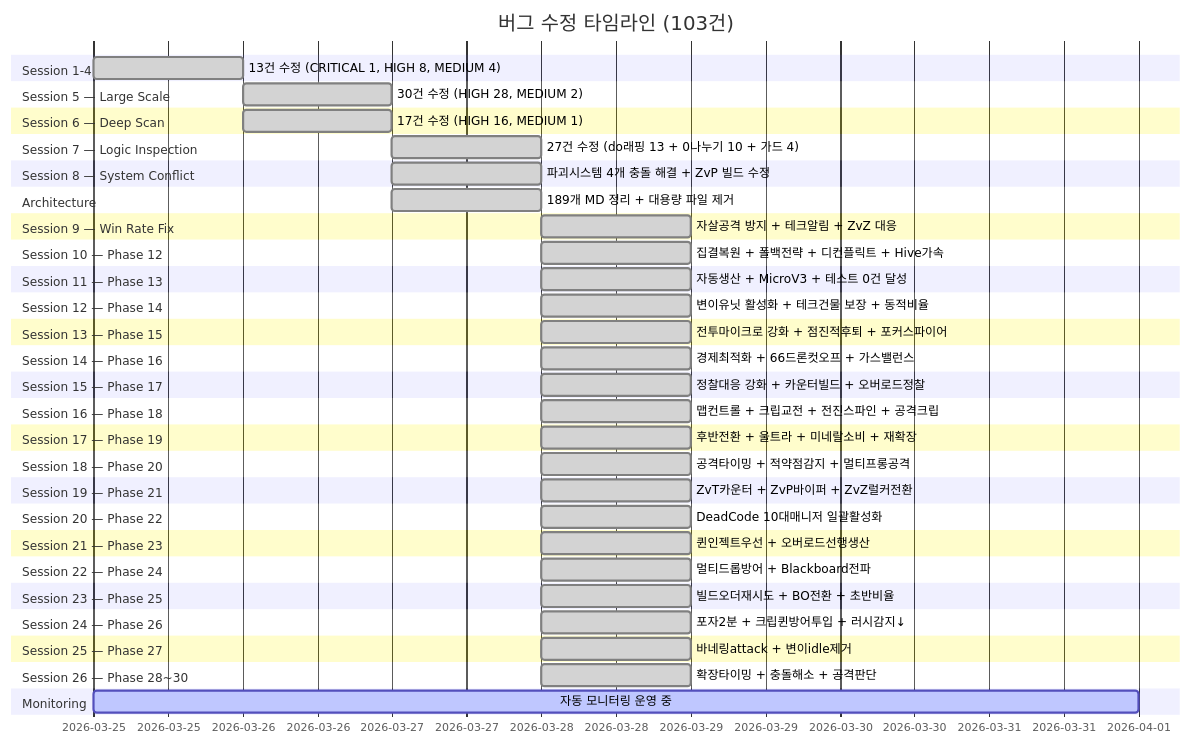
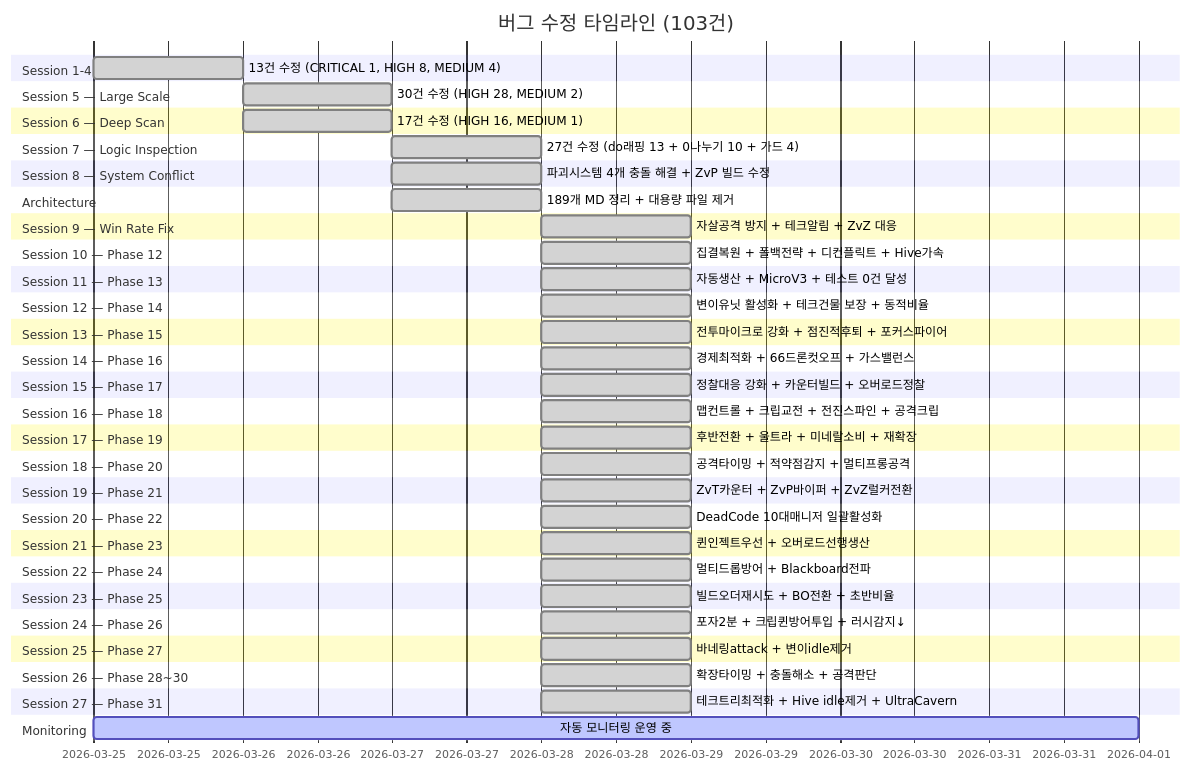
Before and after one commit to sun475300-sudo/Swarm-control-in-sc2bot: diagram 23 of 31 in README.md, drawn with Mermaid. The commit also changed other lines of this file and 2 other files, not shown here.

Commit message:
feat: Phase 31 테크트리최적화 — Hive idle제거 + 레어타이밍 + UltraCavern자동건설

````diff
--- a/README.md
+++ b/README.md
@@ -633,55 +633,57 @@
 ```mermaid
 gantt
     title 버그 수정 타임라인 (103건)
     dateFormat YYYY-MM-DD
     section Session 1-4
         13건 수정 (CRITICAL 1, HIGH 8, MEDIUM 4)   :done, s1, 2026-03-25, 1d
     section Session 5 — Large Scale
         30건 수정 (HIGH 28, MEDIUM 2)              :done, s5, 2026-03-26, 1d
     section Session 6 — Deep Scan
         17건 수정 (HIGH 16, MEDIUM 1)              :done, s6, 2026-03-26, 1d
     section Session 7 — Logic Inspection
         27건 수정 (do래핑 13 + 0나누기 10 + 가드 4) :done, s7, 2026-03-27, 1d
     section Session 8 — System Conflict
         파괴시스템 4개 충돌 해결 + ZvP 빌드 수정    :done, s8, 2026-03-27, 1d
     section Architecture
         189개 MD 정리 + 대용량 파일 제거            :done, s9, 2026-03-27, 1d
     section Session 9 — Win Rate Fix
         자살공격 방지 + 테크알림 + ZvZ 대응         :done, s10, 2026-03-28, 1d
     section Session 10 — Phase 12
         집결복원 + 폴백전략 + 디컨플릭트 + Hive가속 :done, s11, 2026-03-28, 1d
     section Session 11 — Phase 13
         자동생산 + MicroV3 + 테스트 0건 달성       :done, s12, 2026-03-28, 1d
     section Session 12 — Phase 14
         변이유닛 활성화 + 테크건물 보장 + 동적비율  :done, s13, 2026-03-28, 1d
     section Session 13 — Phase 15
         전투마이크로 강화 + 점진적후퇴 + 포커스파이어 :done, s14, 2026-03-28, 1d
     section Session 14 — Phase 16
         경제최적화 + 66드론컷오프 + 가스밸런스     :done, s15, 2026-03-28, 1d
     section Session 15 — Phase 17
         정찰대응 강화 + 카운터빌드 + 오버로드정찰   :done, s16, 2026-03-28, 1d
     section Session 16 — Phase 18
         맵컨트롤 + 크립교전 + 전진스파인 + 공격크립 :done, s17, 2026-03-28, 1d
     section Session 17 — Phase 19
         후반전환 + 울트라 + 미네랄소비 + 재확장    :done, s18, 2026-03-28, 1d
     section Session 18 — Phase 20
         공격타이밍 + 적약점감지 + 멀티프롱공격     :done, s19, 2026-03-28, 1d
     section Session 19 — Phase 21
         ZvT카운터 + ZvP바이퍼 + ZvZ럴커전환      :done, s20, 2026-03-28, 1d
     section Session 20 — Phase 22
         DeadCode 10대매니저 일괄활성화            :done, s21, 2026-03-28, 1d
     section Session 21 — Phase 23
         퀸인젝트우선 + 오버로드선행생산          :done, s22, 2026-03-28, 1d
     section Session 22 — Phase 24
         멀티드롭방어 + Blackboard전파           :done, s23, 2026-03-28, 1d
     section Session 23 — Phase 25
         빌드오더재시도 + BO전환 + 초반비율     :done, s24, 2026-03-28, 1d
     section Session 24 — Phase 26
         포자2분 + 크립퀸방어투입 + 러시감지↓  :done, s25, 2026-03-28, 1d
     section Session 25 — Phase 27
         바네링attack + 변이idle제거         :done, s26, 2026-03-28, 1d
     section Session 26 — Phase 28~30
         확장타이밍 + 충돌해소 + 공격판단   :done, s27, 2026-03-28, 1d
+    section Session 27 — Phase 31
+        테크트리최적화 + Hive idle제거 + UltraCavern :done, s28, 2026-03-28, 1d
     section Monitoring
         자동 모니터링 운영 중                        :active, mon, 2026-03-25, 7d
 ```
````
